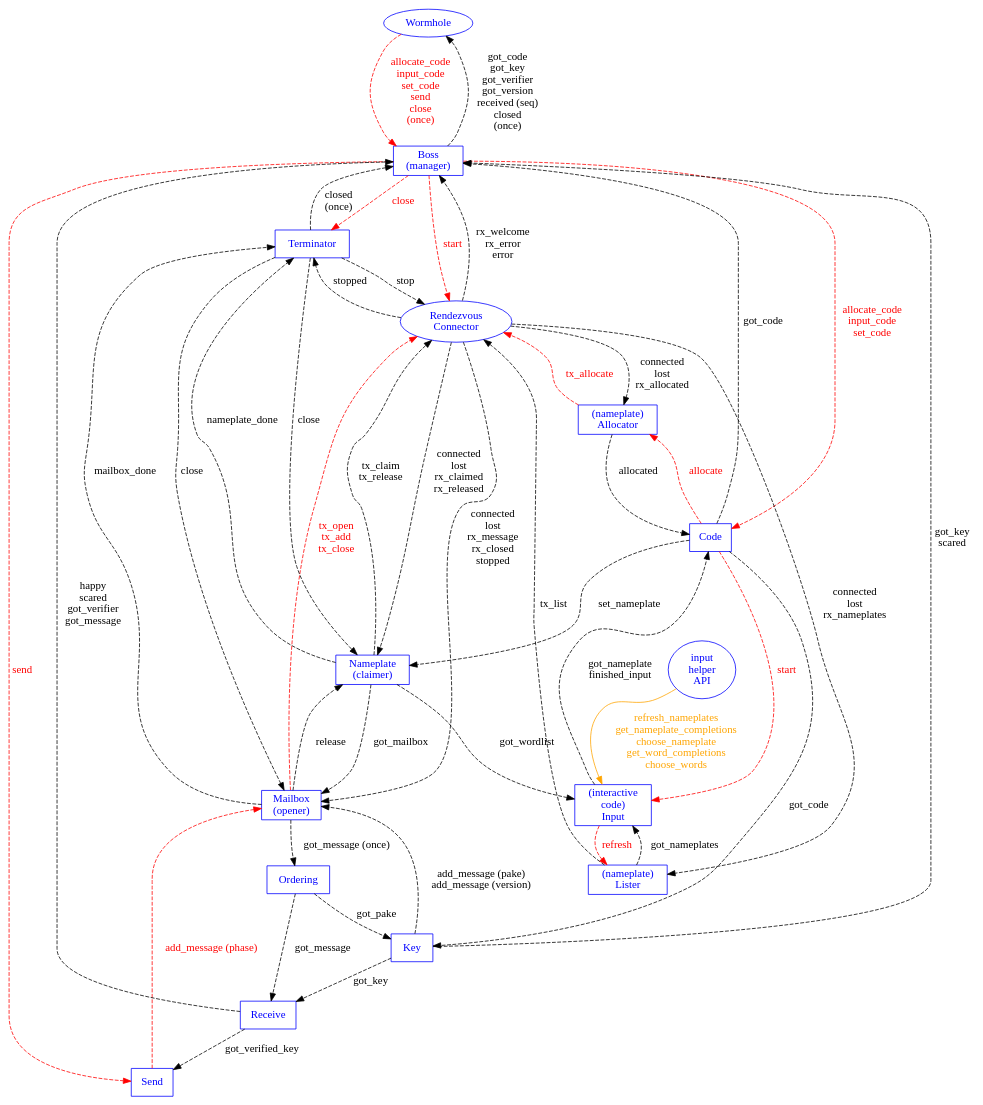
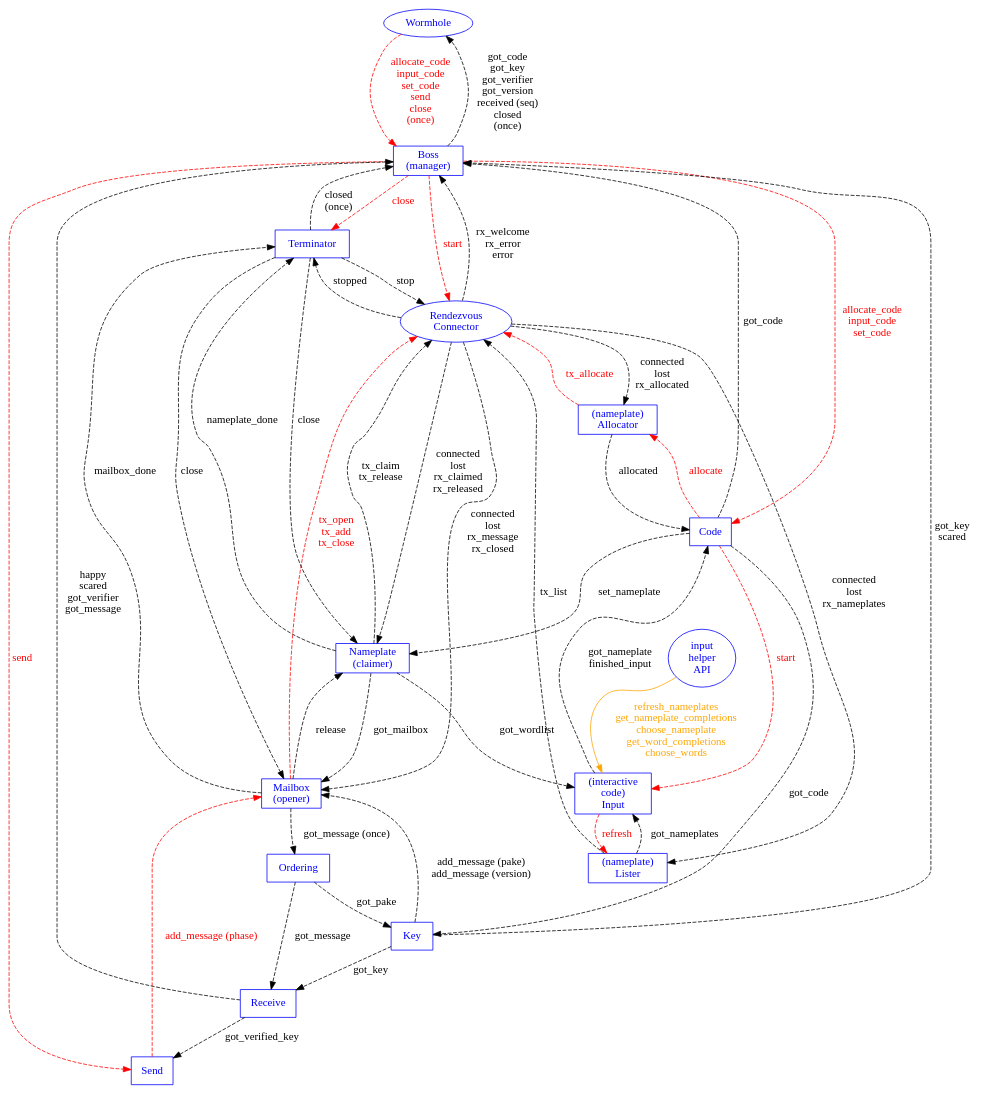
One commit to magic-wormhole/magic-wormhole changed the diagram in docs/state-machines/machines.dot. Above: the diagram before and after it, drawn with Graphviz.

Commit message:
machines.dot: remove missing message (stopped)

```diff
--- a/docs/state-machines/machines.dot
+++ b/docs/state-machines/machines.dot
@@ -1,115 +1,115 @@
 digraph {
         Wormhole [shape="oval" color="blue" fontcolor="blue"]
         Boss [shape="box" label="Boss\n(manager)"
                   color="blue" fontcolor="blue"]
         Nameplate [label="Nameplate\n(claimer)"
                    shape="box" color="blue" fontcolor="blue"]
         Mailbox [label="Mailbox\n(opener)"
                  shape="box" color="blue" fontcolor="blue"]
         Connection [label="Rendezvous\nConnector"
                     shape="oval" color="blue" fontcolor="blue"]
         #websocket [color="blue" fontcolor="blue"]
         Order [shape="box" label="Ordering" color="blue" fontcolor="blue"]
         Key [shape="box" label="Key" color="blue" fontcolor="blue"]
         Send [shape="box" label="Send" color="blue" fontcolor="blue"]
         Receive [shape="box" label="Receive" color="blue" fontcolor="blue"]
         Code [shape="box" label="Code" color="blue" fontcolor="blue"]
         Lister [shape="box" label="(nameplate)\nLister"
                 color="blue" fontcolor="blue"]
         Allocator [shape="box" label="(nameplate)\nAllocator"
                    color="blue" fontcolor="blue"]
         Input [shape="box" label="(interactive\ncode)\nInput"
                color="blue" fontcolor="blue"]
         Terminator [shape="box" color="blue" fontcolor="blue"]
         InputHelperAPI [shape="oval" label="input\nhelper\nAPI"
                         color="blue" fontcolor="blue"]
 
         #Connection -> websocket [color="blue"]
         #Connection -> Order [color="blue"]
 
         Wormhole -> Boss [style="dashed"
                           label="allocate_code\ninput_code\nset_code\nsend\nclose\n(once)"
                           color="red" fontcolor="red"]
         #Wormhole -> Boss [color="blue"]
         Boss -> Wormhole [style="dashed" label="got_code\ngot_key\ngot_verifier\ngot_version\nreceived (seq)\nclosed\n(once)"]
 
         #Boss -> Connection [color="blue"]
         Boss -> Connection [style="dashed" label="start"
                             color="red" fontcolor="red"]
         Connection -> Boss [style="dashed" label="rx_welcome\nrx_error\nerror"]
 
         Boss -> Send [style="dashed" color="red" fontcolor="red" label="send"]
 
         #Boss -> Mailbox [color="blue"]
         Mailbox -> Order [style="dashed" label="got_message (once)"]
         Key -> Boss [style="dashed" label="got_key\nscared"]
         Order -> Key [style="dashed" label="got_pake"]
         Order -> Receive [style="dashed" label="got_message"]
         #Boss -> Key [color="blue"]
         Key -> Mailbox [style="dashed"
                         label="add_message (pake)\nadd_message (version)"]
         Receive -> Send [style="dashed" label="got_verified_key"]
         Send -> Mailbox [style="dashed" color="red" fontcolor="red"
                          label="add_message (phase)"]
 
         Key -> Receive [style="dashed" label="got_key"]
         Receive -> Boss [style="dashed"
                          label="happy\nscared\ngot_verifier\ngot_message"]
         Nameplate -> Connection [style="dashed"
                                  label="tx_claim\ntx_release"]
         Connection -> Nameplate [style="dashed"
                                  label="connected\nlost\nrx_claimed\nrx_released"]
         Mailbox -> Nameplate [style="dashed" label="release"]
         Nameplate -> Mailbox [style="dashed" label="got_mailbox"]
         Nameplate -> Input [style="dashed" label="got_wordlist"]
 
         Mailbox -> Connection [style="dashed" color="red" fontcolor="red"
                                label="tx_open\ntx_add\ntx_close"
                                ]
         Connection -> Mailbox [style="dashed"
-                               label="connected\nlost\nrx_message\nrx_closed\nstopped"]
+                               label="connected\nlost\nrx_message\nrx_closed"]
 
         Connection -> Lister [style="dashed"
                               label="connected\nlost\nrx_nameplates"
                               ]
         Lister -> Connection [style="dashed"
                               label="tx_list"
                               ]
 
         #Boss -> Code [color="blue"]
         Connection -> Allocator [style="dashed"
                                  label="connected\nlost\nrx_allocated"]
         Allocator -> Connection [style="dashed" color="red" fontcolor="red"
                                  label="tx_allocate"
                                  ]
         Lister -> Input [style="dashed"
                          label="got_nameplates"
                          ]
         #Code -> Lister [color="blue"]
         Input -> Lister [style="dashed" color="red" fontcolor="red"
                          label="refresh"
                          ]
         Boss -> Code [style="dashed" color="red" fontcolor="red"
                       label="allocate_code\ninput_code\nset_code"]
         Code -> Boss [style="dashed" label="got_code"]
         Code -> Key [style="dashed" label="got_code"]
         Code -> Nameplate [style="dashed" label="set_nameplate"]
 
         Code -> Input [style="dashed" color="red" fontcolor="red" label="start"]
         Input -> Code [style="dashed" label="got_nameplate\nfinished_input"]
         InputHelperAPI -> Input [label="refresh_nameplates\nget_nameplate_completions\nchoose_nameplate\nget_word_completions\nchoose_words" color="orange" fontcolor="orange"]
 
         Code -> Allocator [style="dashed" color="red" fontcolor="red"
                            label="allocate"]
         Allocator -> Code [style="dashed" label="allocated"]
 
         Nameplate -> Terminator [style="dashed" label="nameplate_done"]
         Mailbox -> Terminator [style="dashed" label="mailbox_done"]
         Terminator -> Nameplate [style="dashed" label="close"]
         Terminator -> Mailbox [style="dashed" label="close"]
         Terminator -> Connection [style="dashed" label="stop"]
         Connection -> Terminator [style="dashed" label="stopped"]
         Terminator -> Boss [style="dashed" label="closed\n(once)"]
         Boss -> Terminator [style="dashed" color="red" fontcolor="red"
                             label="close"]
 }
```
